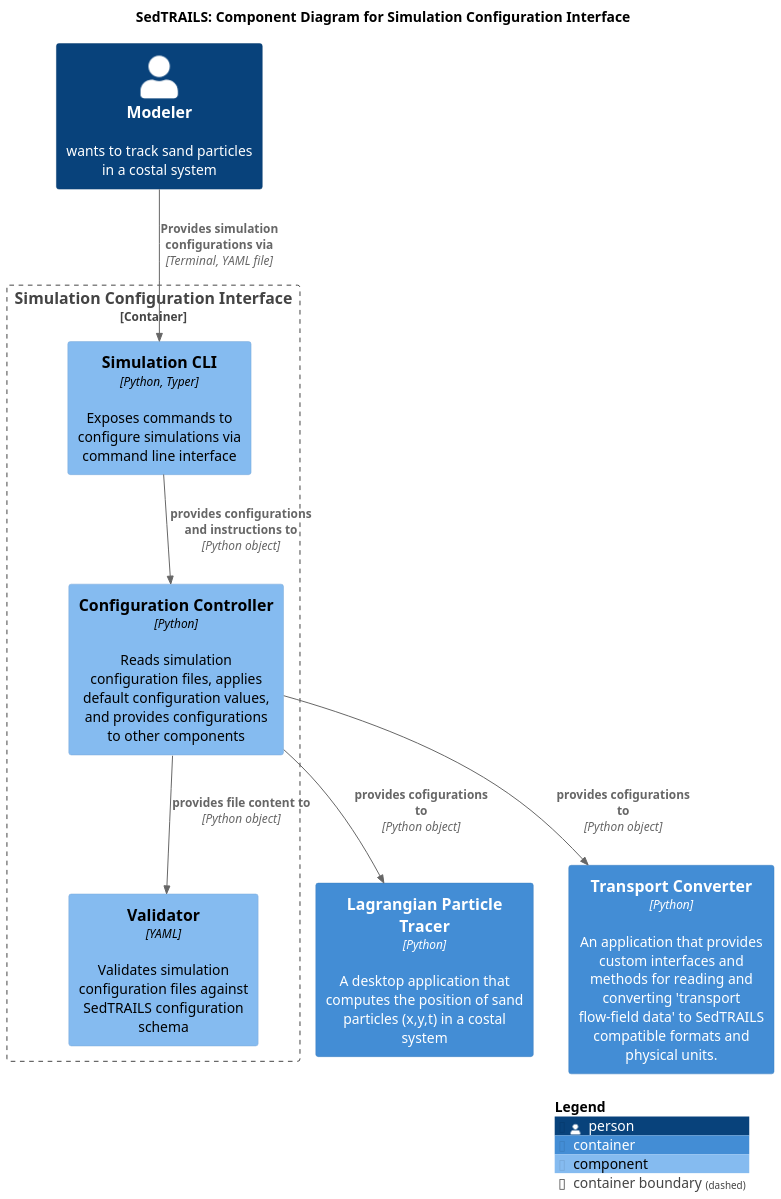
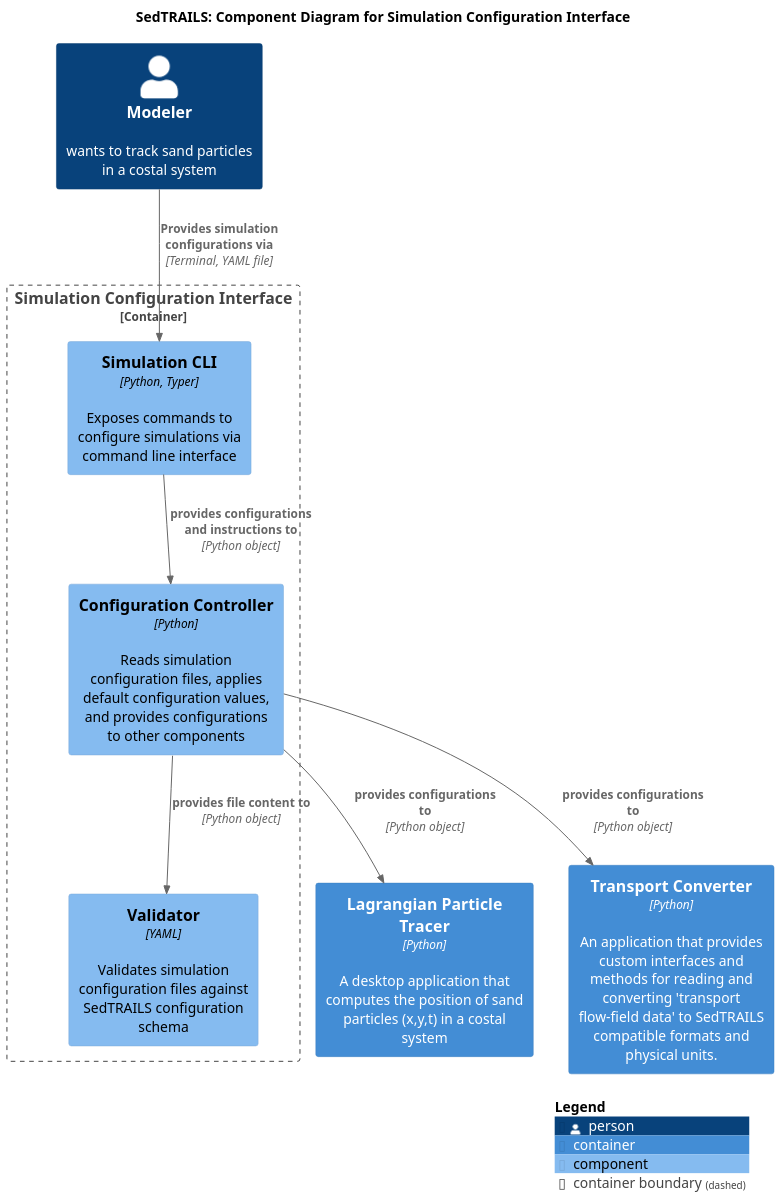
Before and after one commit to sgpearson17/sedtrails-sgp: the diagram in diagrams/components-config-app.puml, drawn with PlantUML. The commit also changed 14 other files, not shown here.

Commit message:
Fix typos in software diagrams and regenerate images

```diff
--- a/diagrams/components-config-app.puml
+++ b/diagrams/components-config-app.puml
@@ -1,26 +1,26 @@
 @startuml SedtrailComponentsConfigurationInterface
 !include ./c4/C4_Component.puml
 
 ' LAYOUT_LANDSCAPE()
 
 title SedTRAILS: Component Diagram for Simulation Configuration Interface
 scale 1.5
 
 Person(modeler, "Modeler", "wants to track sand particles in a costal system")
 Container(particleTracer, "Lagrangian Particle Tracer", "Python", "A desktop application that computes the position of sand particles (x,y,t) in a costal system")
 Container(transportConverter, "Transport Converter", "Python", "An application that provides custom interfaces and methods for reading and converting 'transport flow-field data' to SedTRAILS compatible formats and physical units.")
 
 Container_Boundary(configInterface, "Simulation Configuration Interface", "Python", "An application that reads and interprets simulation configuration files"){
     Component(simulCli, "Simulation CLI", "Python, Typer", "Exposes commands to configure simulations via command line interface")
     Component(configController, "Configuration Controller", "Python", "Reads simulation configuration files, applies default configuration values, and provides configurations to other components")
     Component(configValidator, "Validator", "YAML", "Validates simulation configuration files against SedTRAILS configuration schema")
     Rel(configController, configValidator, "provides file content to", "Python object")
     Rel(simulCli, configController, "provides configurations and instructions to", "Python object")
 }
 
 Rel(modeler, simulCli, "Provides simulation configurations via", "Terminal, YAML file")
-Rel(configController, particleTracer, "provides cofigurations to", "Python object")
-Rel(configController, transportConverter, "provides cofigurations to", "Python object")
+Rel(configController, particleTracer, "provides configurations to", "Python object")
+Rel(configController, transportConverter, "provides configurations to", "Python object")
 
 SHOW_LEGEND()
 @enduml
```
